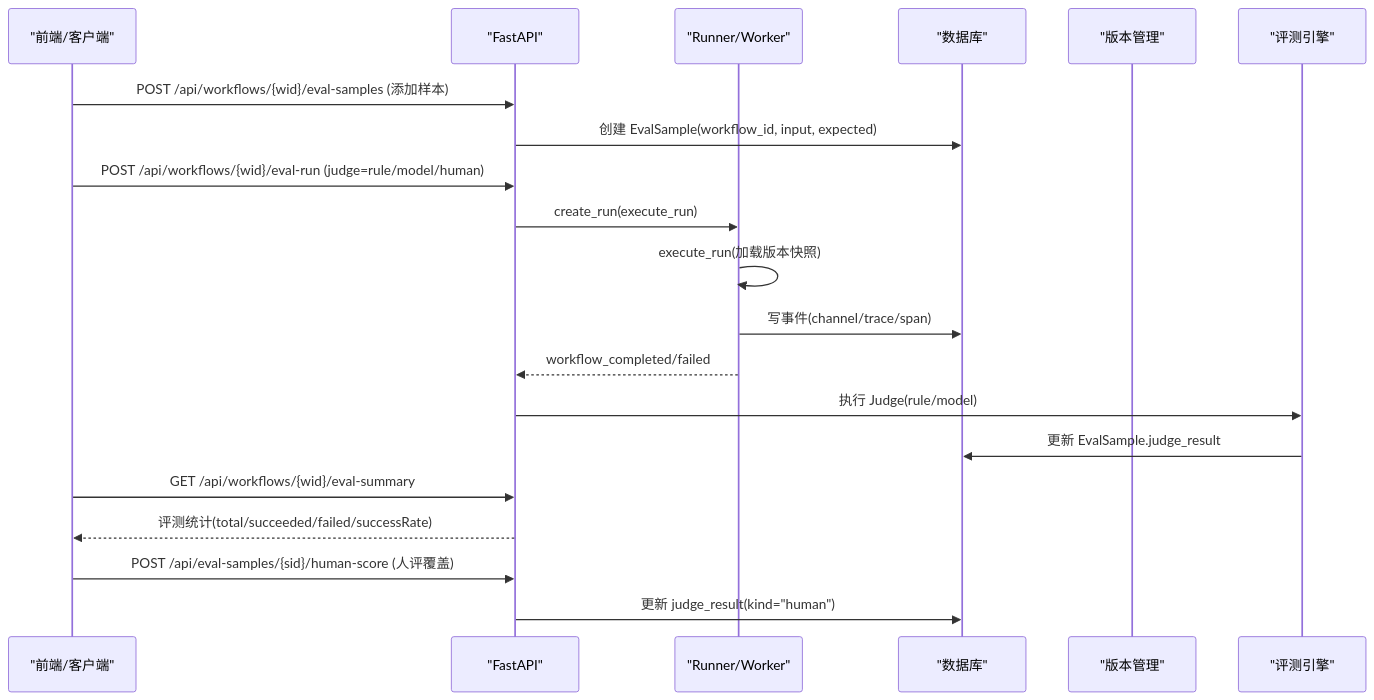
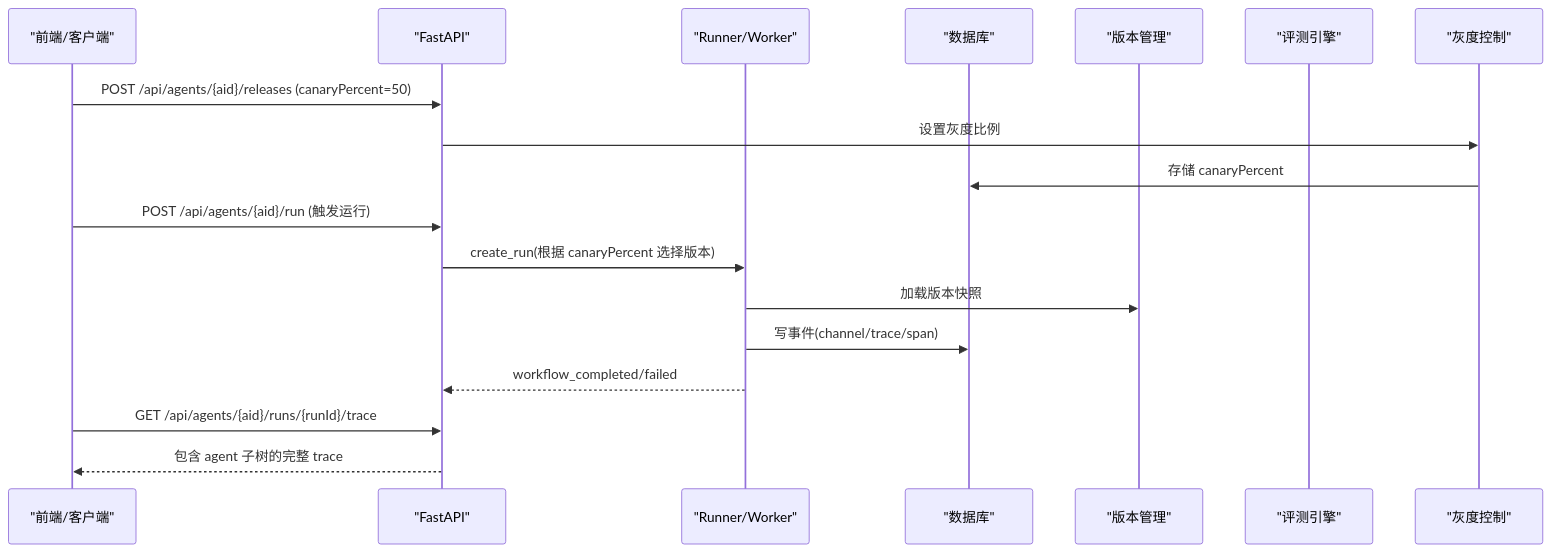
The second of 2 diagrams in .qoder/repowiki/zh/content/测试与验证体系.md (huiliuxu780/MoreThanCorn), drawn with Mermaid before and after one commit. The commit also changed other lines of this file and 147 other files, not shown here.

````diff
--- a/.qoder/repowiki/zh/content/测试与验证体系.md
+++ b/.qoder/repowiki/zh/content/测试与验证体系.md
@@ -194,22 +214,20 @@
 ```mermaid
 sequenceDiagram
 participant FE as "前端/客户端"
 participant API as "FastAPI"
 participant RUN as "Runner/Worker"
 participant DB as "数据库"
 participant VER as "版本管理"
 participant EVAL as "评测引擎"
-FE->>API : POST /api/workflows/{wid}/eval-samples (添加样本)
-API->>DB : 创建 EvalSample(workflow_id, input, expected)
-FE->>API : POST /api/workflows/{wid}/eval-run (judge=rule/model/human)
-API->>RUN : create_run(execute_run)
-RUN->>RUN : execute_run(加载版本快照)
+participant CANARY as "灰度控制"
+FE->>API : POST /api/agents/{aid}/releases (canaryPercent=50)
+API->>CANARY : 设置灰度比例
+CANARY->>DB : 存储 canaryPercent
+FE->>API : POST /api/agents/{aid}/run (触发运行)
+API->>RUN : create_run(根据 canaryPercent 选择版本)
+RUN->>VER : 加载版本快照
 RUN->>DB : 写事件(channel/trace/span)
 RUN-->>API : workflow_completed/failed
-API->>EVAL : 执行 Judge(rule/model)
-EVAL->>DB : 更新 EvalSample.judge_result
-FE->>API : GET /api/workflows/{wid}/eval-summary
-API-->>FE : 评测统计(total/succeeded/failed/successRate)
-FE->>API : POST /api/eval-samples/{sid}/human-score (人评覆盖)
-API->>DB : 更新 judge_result(kind="human")
+FE->>API : GET /api/agents/{aid}/runs/{runId}/trace
+API-->>FE : 包含 agent 子树的完整 trace
 ```
````
